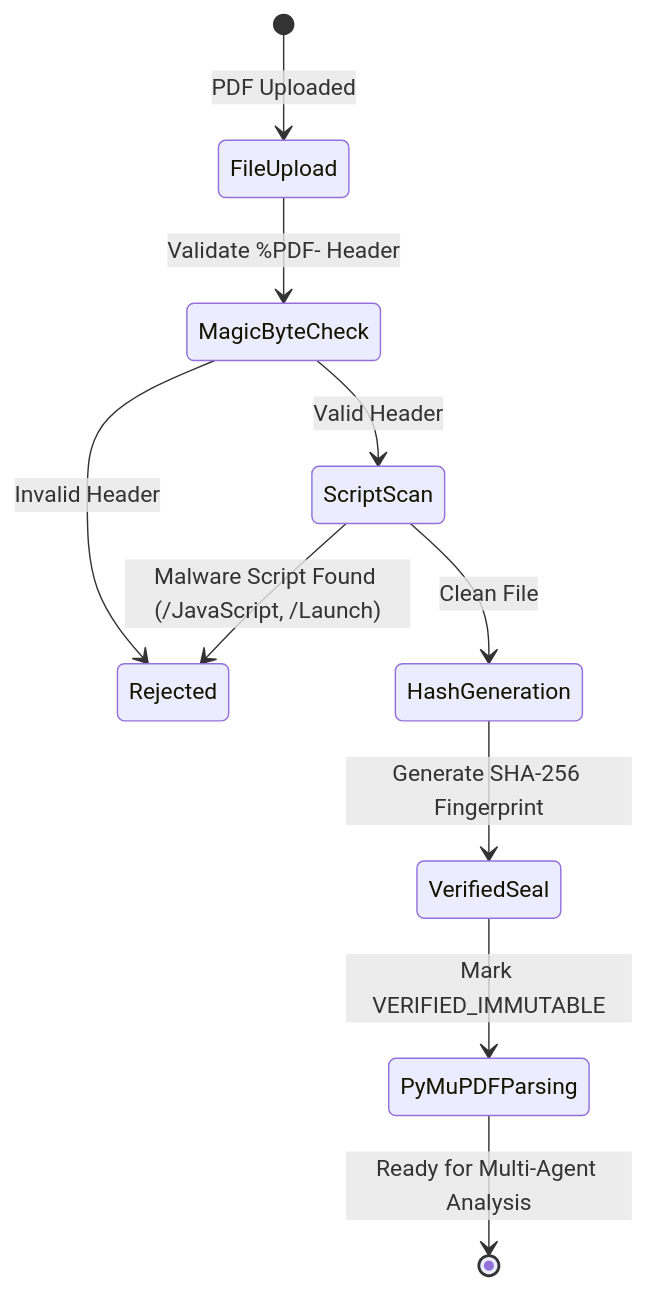
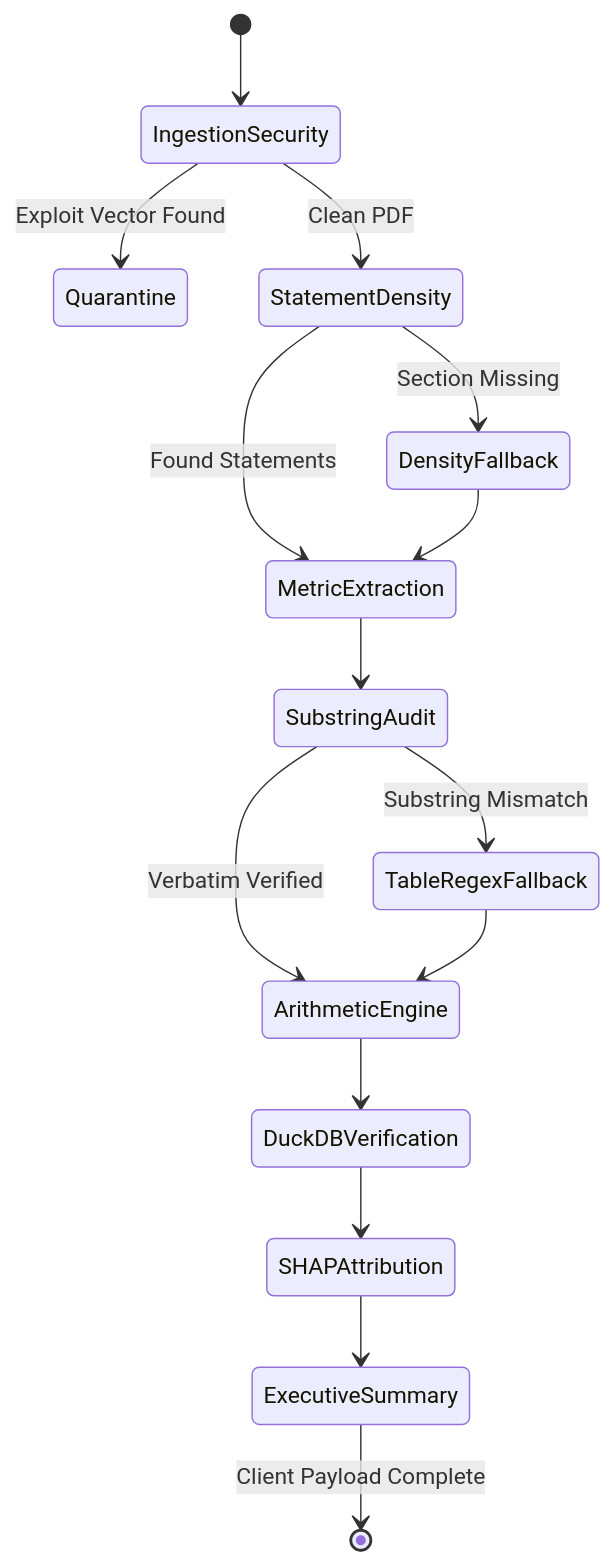
One commit to Rudranarayan666/Finance-agent changed the second of 3 diagrams in ARCHITECTURE.md. Above: the diagram before and after it, drawn with Mermaid. The commit also changed other lines of this file and 38 other files, not shown here.

````diff
--- a/ARCHITECTURE.md
+++ b/ARCHITECTURE.md
@@ -128,12 +190,20 @@
 ```mermaid
 stateDiagram-v2
-    [*] --> FileUpload: PDF Uploaded
-    FileUpload --> MagicByteCheck: Validate %PDF- Header
-    MagicByteCheck --> Rejected: Invalid Header
-    MagicByteCheck --> ScriptScan: Valid Header
-    ScriptScan --> Rejected: Malware Script Found (/JavaScript, /Launch)
-    ScriptScan --> HashGeneration: Clean File
-    HashGeneration --> VerifiedSeal: Generate SHA-256 Fingerprint
-    VerifiedSeal --> PyMuPDFParsing: Mark VERIFIED_IMMUTABLE
-    PyMuPDFParsing --> [*]: Ready for Multi-Agent Analysis
+    [*] --> IngestionSecurity
+    IngestionSecurity --> Quarantine: Exploit Vector Found
+    IngestionSecurity --> StatementDensity: Clean PDF
+    
+    StatementDensity --> DensityFallback: Section Missing
+    StatementDensity --> MetricExtraction: Found Statements
+    DensityFallback --> MetricExtraction
+    
+    MetricExtraction --> SubstringAudit
+    SubstringAudit --> TableRegexFallback: Substring Mismatch
+    SubstringAudit --> ArithmeticEngine: Verbatim Verified
+    TableRegexFallback --> ArithmeticEngine
+    
+    ArithmeticEngine --> DuckDBVerification
+    DuckDBVerification --> SHAPAttribution
+    SHAPAttribution --> ExecutiveSummary
+    ExecutiveSummary --> [*]: Client Payload Complete
 ```
````
